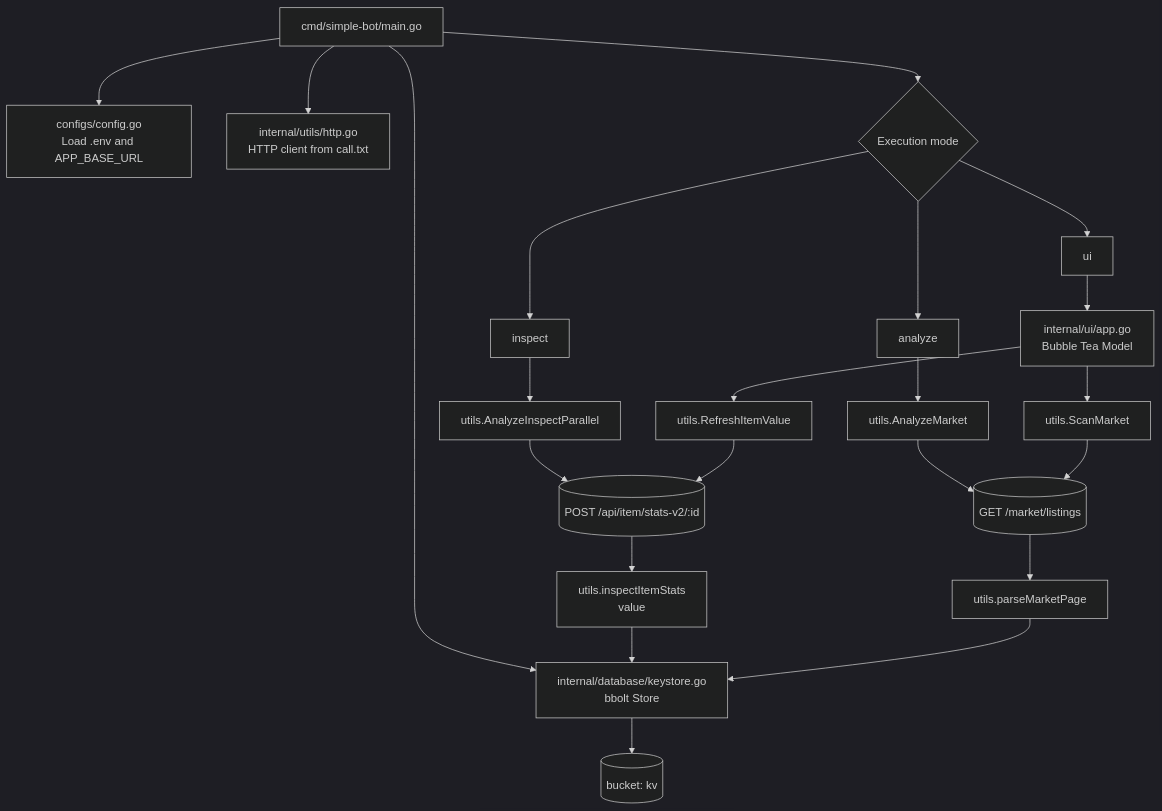
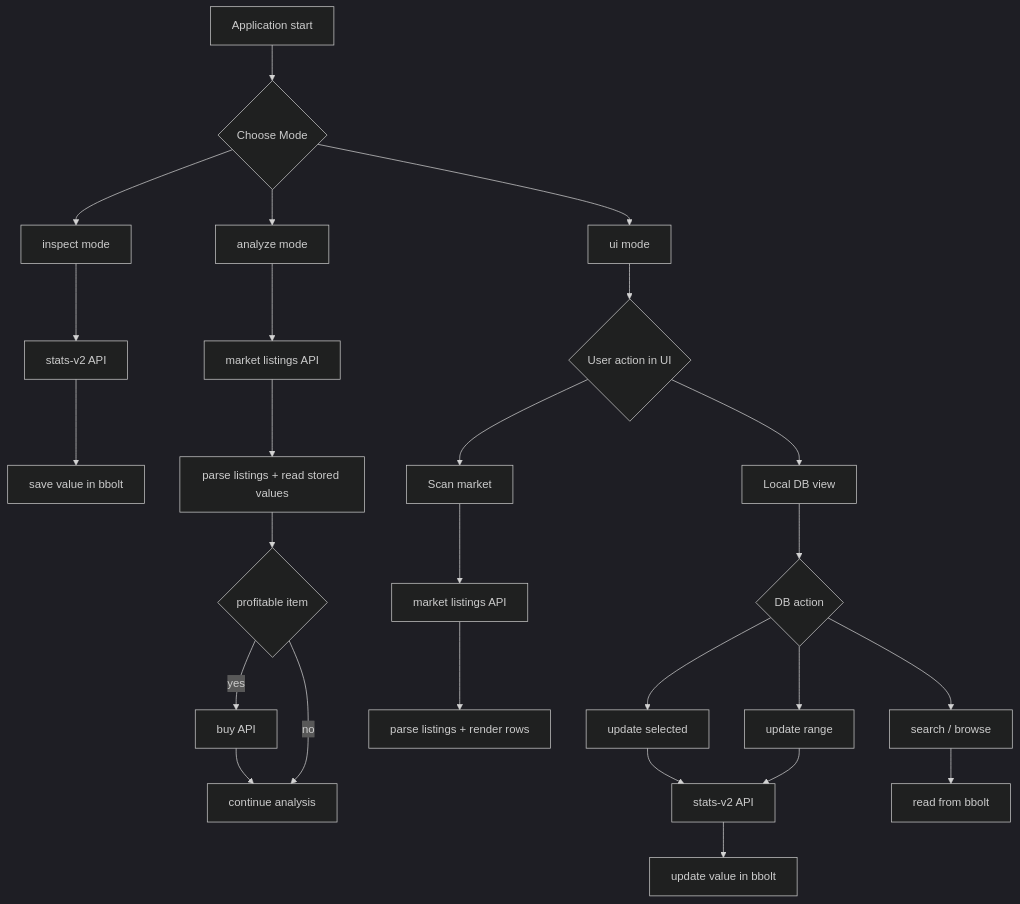
Before and after one commit to dierodfer/simple-bot: the diagram in README.md, drawn with Mermaid (dark theme). The commit also changed other lines of this file, not shown here.

````diff
--- a/README.md
+++ b/README.md
@@ -51,29 +48,35 @@
 ```mermaid
-flowchart TB
-      CLI[cmd/simple-bot/main.go] --> CFG[configs/config.go\nLoad .env and APP_BASE_URL]
-      CLI --> HTTP[internal/utils/http.go\nHTTP client from call.txt]
-      CLI --> DB[internal/database/keystore.go\nbbolt Store]
+flowchart TD
+      START[Application start] --> CHOICE{Choose Mode}
 
-      CLI --> MODE{Execution mode}
-      MODE --> INSPECT[inspect]
-      MODE --> ANALYZE[analyze]
-      MODE --> UI[ui]
+      CHOICE --> INSPECT[inspect mode]
+      CHOICE --> ANALYZE[analyze mode]
+      CHOICE --> UI[ui mode]
 
-      INSPECT --> AIP[utils.AnalyzeInspectParallel]
-      ANALYZE --> AM[utils.AnalyzeMarket]
-      UI --> APP[internal/ui/app.go\nBubble Tea Model]
-      APP --> SM[utils.ScanMarket]
-      APP --> REFRESH[utils.RefreshItemValue]
+   INSPECT --> STATS[stats-v2 API]
+      STATS --> STORE1[save value in bbolt]
 
-      AIP --> STATS[(POST /api/item/stats-v2/:id)]
-      AM --> LIST[(GET /market/listings)]
-      SM --> LIST
-      REFRESH --> STATS
+   ANALYZE --> LIST1[market listings API]
+      LIST1 --> PARSE1[parse listings + read stored values]
+      PARSE1 --> BUY1{profitable item}
+      BUY1 -->|yes| BUYAPI[buy API]
+      BUY1 -->|no| END1[continue analysis]
+      BUYAPI --> END1
 
-      STATS --> PARSE[utils.inspectItemStats\nvalue]
-      PARSE --> DB
-      LIST --> MP[utils.parseMarketPage]
-      MP --> DB
+   UI --> UICHOICE{User action in UI}
+      UICHOICE --> SCAN[Scan market]
+      UICHOICE --> DBVIEW[Local DB view]
 
-      DB --> KV[(bucket: kv)]
+      SCAN --> LIST2[market listings API]
+      LIST2 --> PARSE2[parse listings + render rows]
+
+      DBVIEW --> DBACT{DB action}
+      DBACT --> UPDATEONE[update selected]
+      DBACT --> UPDATERANGE[update range]
+      DBACT --> SEARCH[search / browse]
+
+      UPDATEONE --> STATS2[stats-v2 API]
+      STATS2 --> STORE2[update value in bbolt]
+      UPDATERANGE --> STATS2
+      SEARCH --> READDB[read from bbolt]
 ```
````
